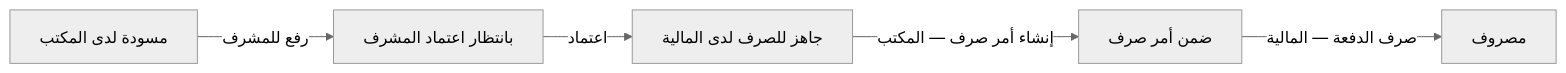
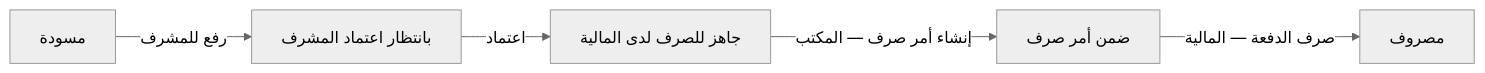
One commit to BuadDigital/case_srudy changed the first of 2 diagrams in docs/finance-officer-workflow.md. Above: the diagram before and after it, drawn with Mermaid (neutral theme). The commit also changed other lines of this file and 132 other files, not shown here.

````diff
--- a/docs/finance-officer-workflow.md
+++ b/docs/finance-officer-workflow.md
@@ -48,7 +48,7 @@
 ```mermaid
 flowchart LR
-    A[مسودة لدى المكتب] -->|رفع للمشرف| B[بانتظار اعتماد المشرف]
+    A[مسودة] -->|رفع للمشرف| B[بانتظار اعتماد المشرف]
     B -->|اعتماد| C[جاهز للصرف لدى المالية]
     C -->|إنشاء أمر صرف — المكتب| D[ضمن أمر صرف]
     D -->|صرف الدفعة — المالية| E[مصروف]
 ```
````
